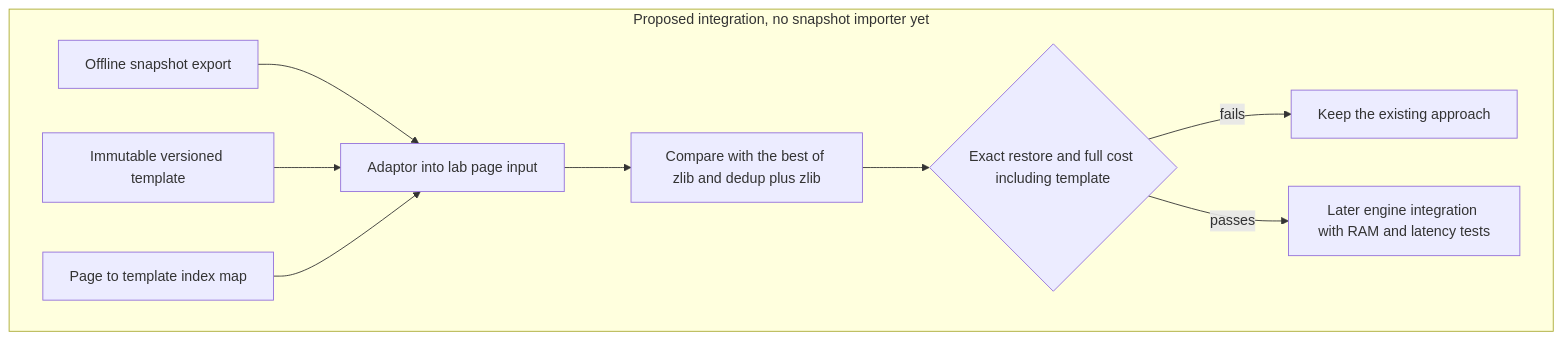
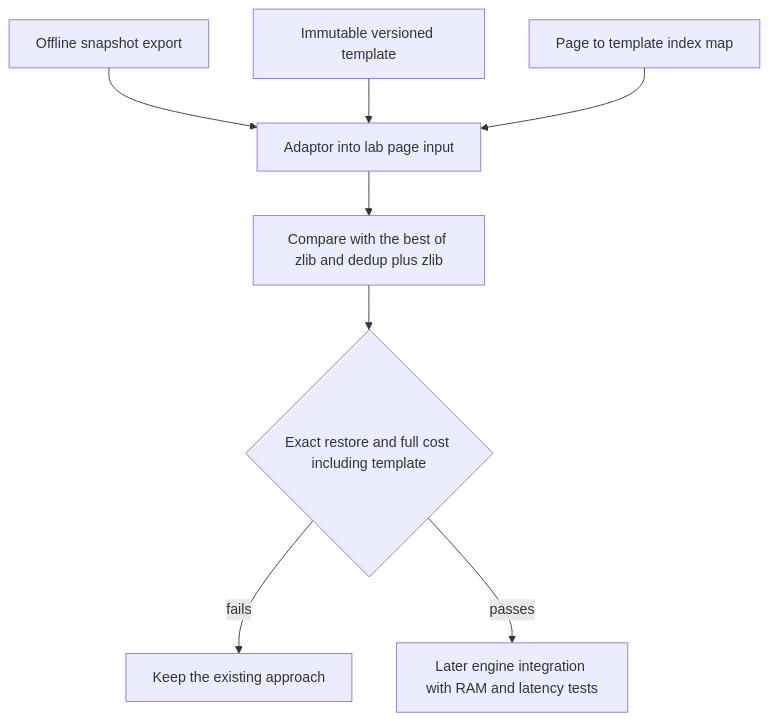
Before and after one commit to gael55x/template-delta-lab: the second of 2 diagrams in docs/WALKTHROUGH.md, drawn with Mermaid. The commit also changed other lines of this file and 7 other files, not shown here.

Commit message:
Clarify complete storage cost and remove diagram status banners

````diff
--- a/docs/WALKTHROUGH.md
+++ b/docs/WALKTHROUGH.md
@@ -95,12 +99,10 @@
 ```mermaid
 flowchart TD
-    subgraph PROP[Proposed integration, no snapshot importer yet]
         SNAP[Offline snapshot export] --> ADP[Adaptor into lab page input]
         TPL[Immutable versioned template] --> ADP
         MAP[Page to template index map] --> ADP
         ADP --> LAB[Compare with the best of zlib and dedup plus zlib]
         LAB --> GATE{Exact restore and full cost including template}
         GATE -->|fails| STOP[Keep the existing approach]
         GATE -->|passes| ENG[Later engine integration with RAM and latency tests]
-    end
 ```
````
